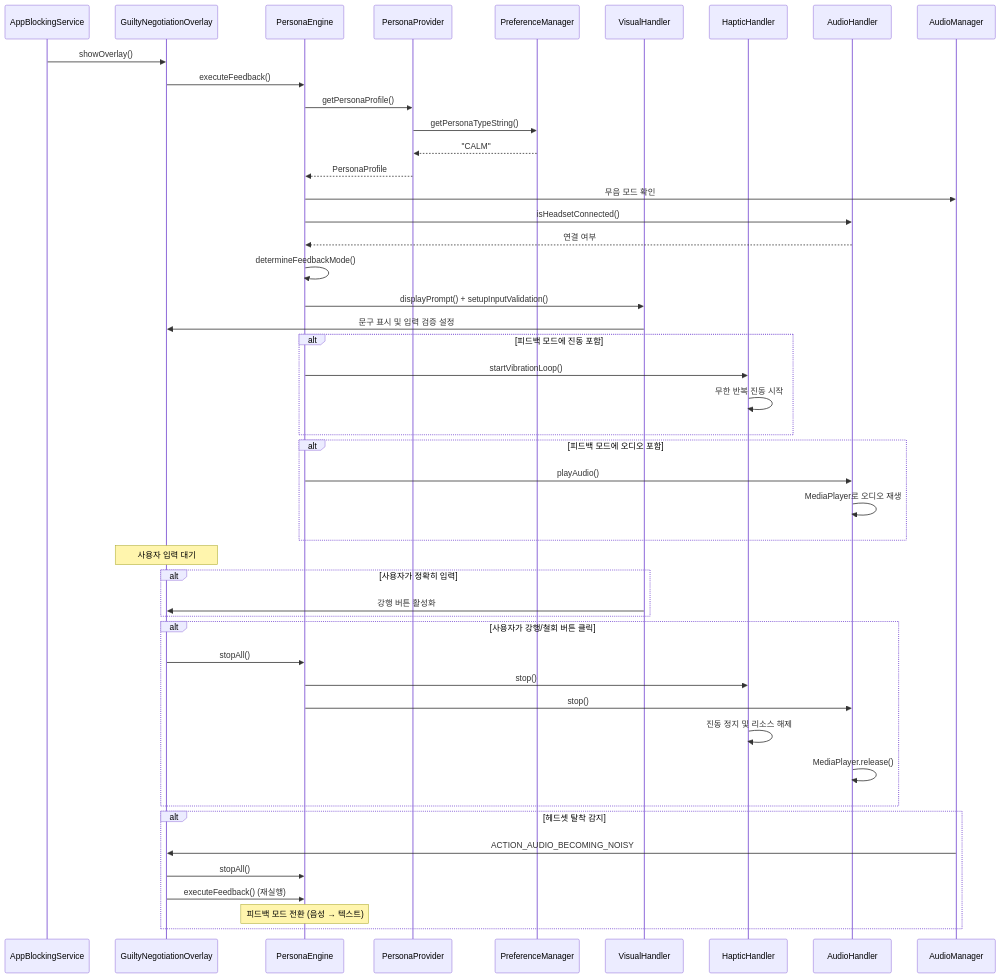
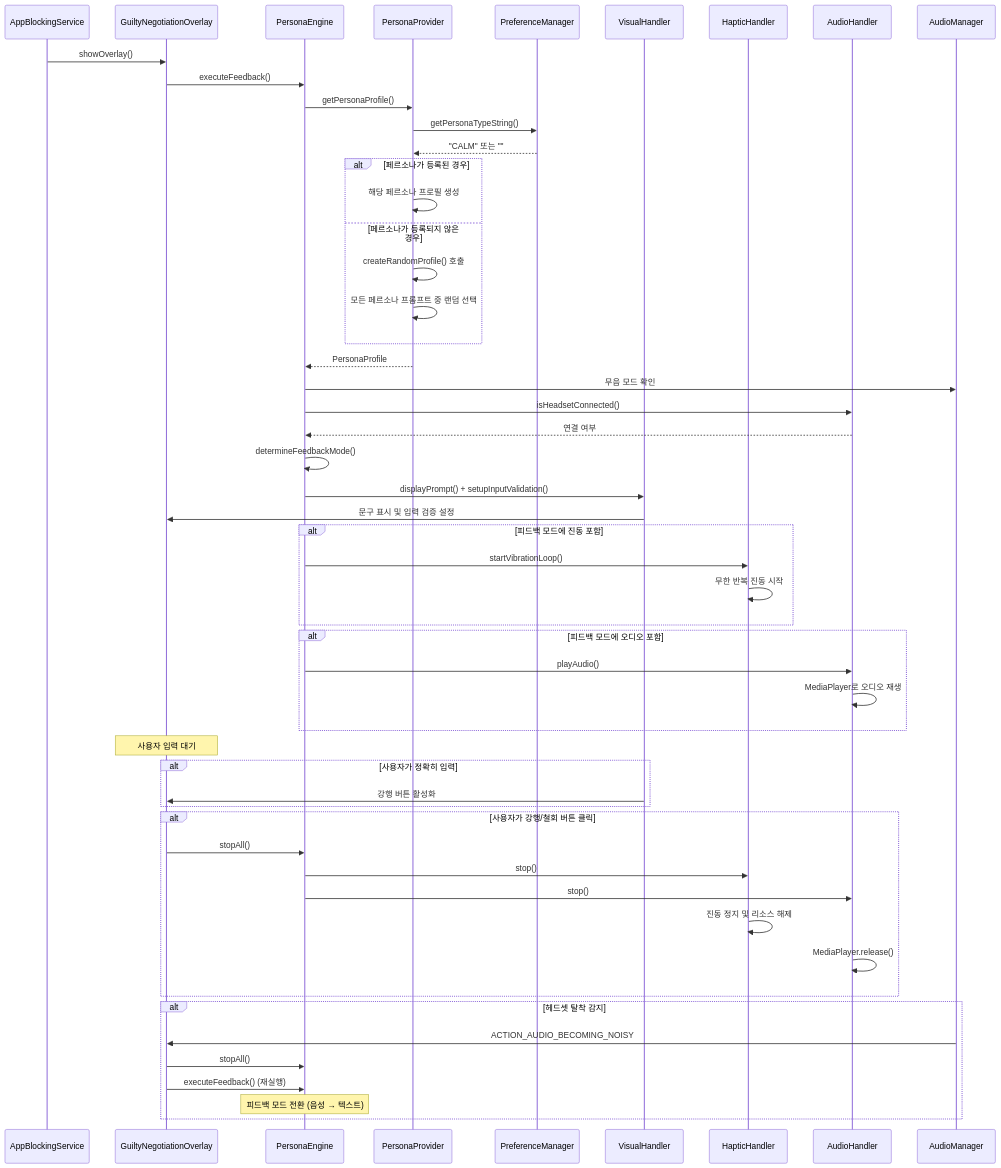
Before and after one commit to KDG12054345/-2: the third of 6 diagrams in ARCHITECTURE.md, drawn with Mermaid. The commit also changed other lines of this file and 16 other files, not shown here.

````diff
--- a/ARCHITECTURE.md
+++ b/ARCHITECTURE.md
@@ -254,60 +255,68 @@
 ```mermaid
 sequenceDiagram
     participant AppBlockingService
     participant GuiltyNegotiationOverlay
     participant PersonaEngine
     participant PersonaProvider
     participant PreferenceManager
     participant VisualHandler
     participant HapticHandler
     participant AudioHandler
     participant AudioManager
 
     AppBlockingService->>GuiltyNegotiationOverlay: showOverlay()
     GuiltyNegotiationOverlay->>PersonaEngine: executeFeedback()
     
     PersonaEngine->>PersonaProvider: getPersonaProfile()
     PersonaProvider->>PreferenceManager: getPersonaTypeString()
-    PreferenceManager-->>PersonaProvider: "CALM"
+    PreferenceManager-->>PersonaProvider: "CALM" 또는 ""
+    
+    alt 페르소나가 등록된 경우
+        PersonaProvider->>PersonaProvider: 해당 페르소나 프로필 생성
+    else 페르소나가 등록되지 않은 경우
+        PersonaProvider->>PersonaProvider: createRandomProfile() 호출
+        PersonaProvider->>PersonaProvider: 모든 페르소나 프롬프트 중 랜덤 선택
+    end
+    
     PersonaProvider-->>PersonaEngine: PersonaProfile
     
     PersonaEngine->>AudioManager: 무음 모드 확인
     PersonaEngine->>AudioHandler: isHeadsetConnected()
     AudioHandler-->>PersonaEngine: 연결 여부
     
     PersonaEngine->>PersonaEngine: determineFeedbackMode()
     
     PersonaEngine->>VisualHandler: displayPrompt() + setupInputValidation()
     VisualHandler->>GuiltyNegotiationOverlay: 문구 표시 및 입력 검증 설정
     
     alt 피드백 모드에 진동 포함
         PersonaEngine->>HapticHandler: startVibrationLoop()
         HapticHandler->>HapticHandler: 무한 반복 진동 시작
     end
     
     alt 피드백 모드에 오디오 포함
         PersonaEngine->>AudioHandler: playAudio()
         AudioHandler->>AudioHandler: MediaPlayer로 오디오 재생
     end
     
     Note over GuiltyNegotiationOverlay: 사용자 입력 대기
     
     alt 사용자가 정확히 입력
         VisualHandler->>GuiltyNegotiationOverlay: 강행 버튼 활성화
     end
     
     alt 사용자가 강행/철회 버튼 클릭
         GuiltyNegotiationOverlay->>PersonaEngine: stopAll()
         PersonaEngine->>HapticHandler: stop()
         PersonaEngine->>AudioHandler: stop()
         HapticHandler->>HapticHandler: 진동 정지 및 리소스 해제
         AudioHandler->>AudioHandler: MediaPlayer.release()
     end
     
     alt 헤드셋 탈착 감지
         AudioManager->>GuiltyNegotiationOverlay: ACTION_AUDIO_BECOMING_NOISY
         GuiltyNegotiationOverlay->>PersonaEngine: stopAll()
         GuiltyNegotiationOverlay->>PersonaEngine: executeFeedback() (재실행)
         Note over PersonaEngine: 피드백 모드 전환 (음성 → 텍스트)
     end
 ```
````
